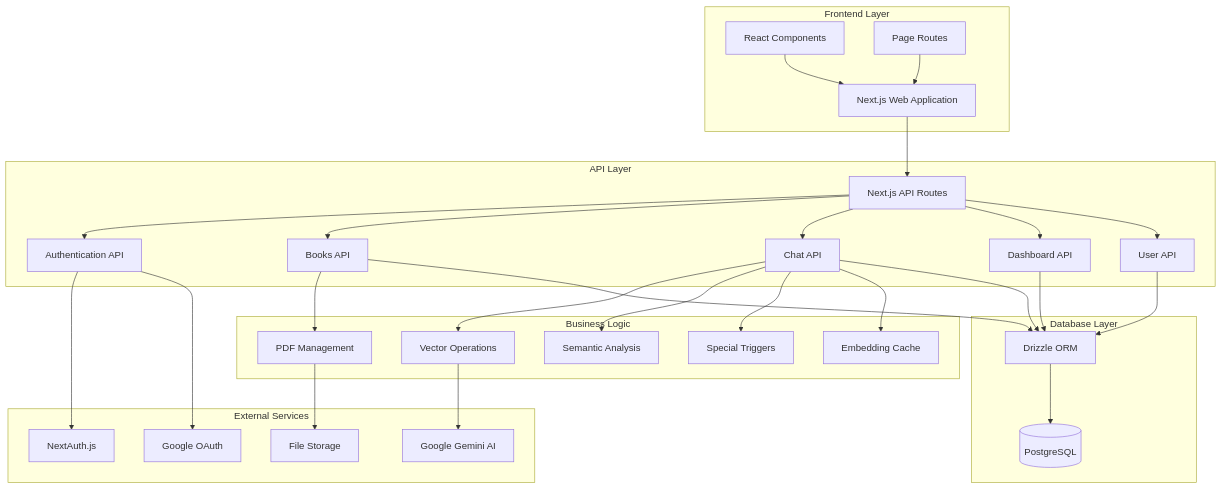
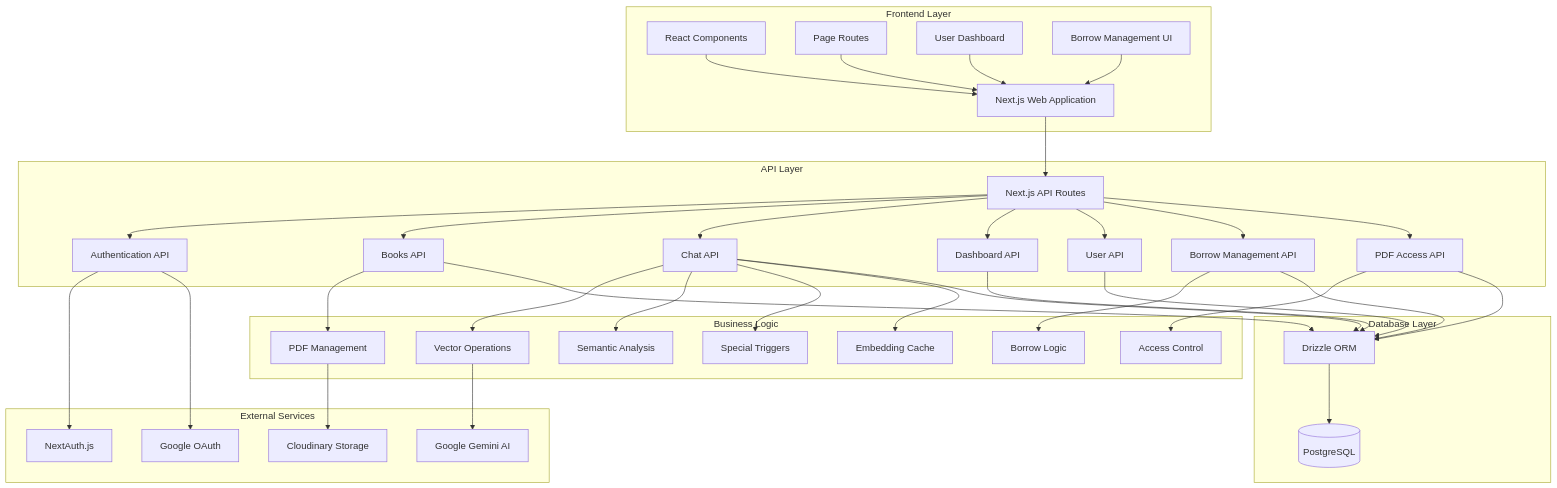
The second of 12 diagrams in README.md (H3xKatana/EstinBib-new), drawn with Mermaid before and after one commit. The commit also changed other lines of this file, not shown here.

````diff
--- a/README.md
+++ b/README.md
@@ -162,65 +175,80 @@
 ```mermaid
 graph TB
     subgraph "Frontend Layer"
         WEB[Next.js Web Application]
         UI[React Components]
         PAGES[Page Routes]
+        DASHBOARD[User Dashboard]
+        BORROW_UI[Borrow Management UI]
     end
     
     subgraph "API Layer"
         NEXTJS[Next.js API Routes]
         AUTH[Authentication API]
         BOOKS_API[Books API]
         CHAT_API[Chat API]
         DASHBOARD_API[Dashboard API]
         USER_API[User API]
+        BORROW_API[Borrow Management API]
+        PDF_API[PDF Access API]
     end
     
     subgraph "Business Logic"
         VECTOR[Vector Operations]
         SEMANTIC[Semantic Analysis]
         TRIGGERS[Special Triggers]
         EMBEDDING[Embedding Cache]
         PDF[PDF Management]
+        BORROW_LOGIC[Borrow Logic]
+        ACCESS_CONTROL[Access Control]
     end
     
     subgraph "External Services"
         GEMINI[Google Gemini AI]
         NEXTAUTH[NextAuth.js]
         GOOGLE[Google OAuth]
-        STORAGE[File Storage]
+        CLOUDINARY[Cloudinary Storage]
     end
     
     subgraph "Database Layer"
         POSTGRES[(PostgreSQL)]
         DRIZZLE[Drizzle ORM]
     end
     
     WEB --> NEXTJS
     UI --> WEB
     PAGES --> WEB
+    DASHBOARD --> WEB
+    BORROW_UI --> WEB
     
     NEXTJS --> AUTH
     NEXTJS --> BOOKS_API
     NEXTJS --> CHAT_API
     NEXTJS --> DASHBOARD_API
     NEXTJS --> USER_API
+    NEXTJS --> BORROW_API
+    NEXTJS --> PDF_API
     
     CHAT_API --> VECTOR
     CHAT_API --> SEMANTIC
     CHAT_API --> TRIGGERS
     CHAT_API --> EMBEDDING
     
     BOOKS_API --> PDF
+    PDF_API --> ACCESS_CONTROL
+    BORROW_API --> BORROW_LOGIC
+    
     VECTOR --> GEMINI
     AUTH --> NEXTAUTH
     AUTH --> GOOGLE
-    PDF --> STORAGE
+    PDF --> CLOUDINARY
     
     BOOKS_API --> DRIZZLE
     DASHBOARD_API --> DRIZZLE
     USER_API --> DRIZZLE
     CHAT_API --> DRIZZLE
+    BORROW_API --> DRIZZLE
+    PDF_API --> DRIZZLE
     
     DRIZZLE --> POSTGRES
 ```
````
